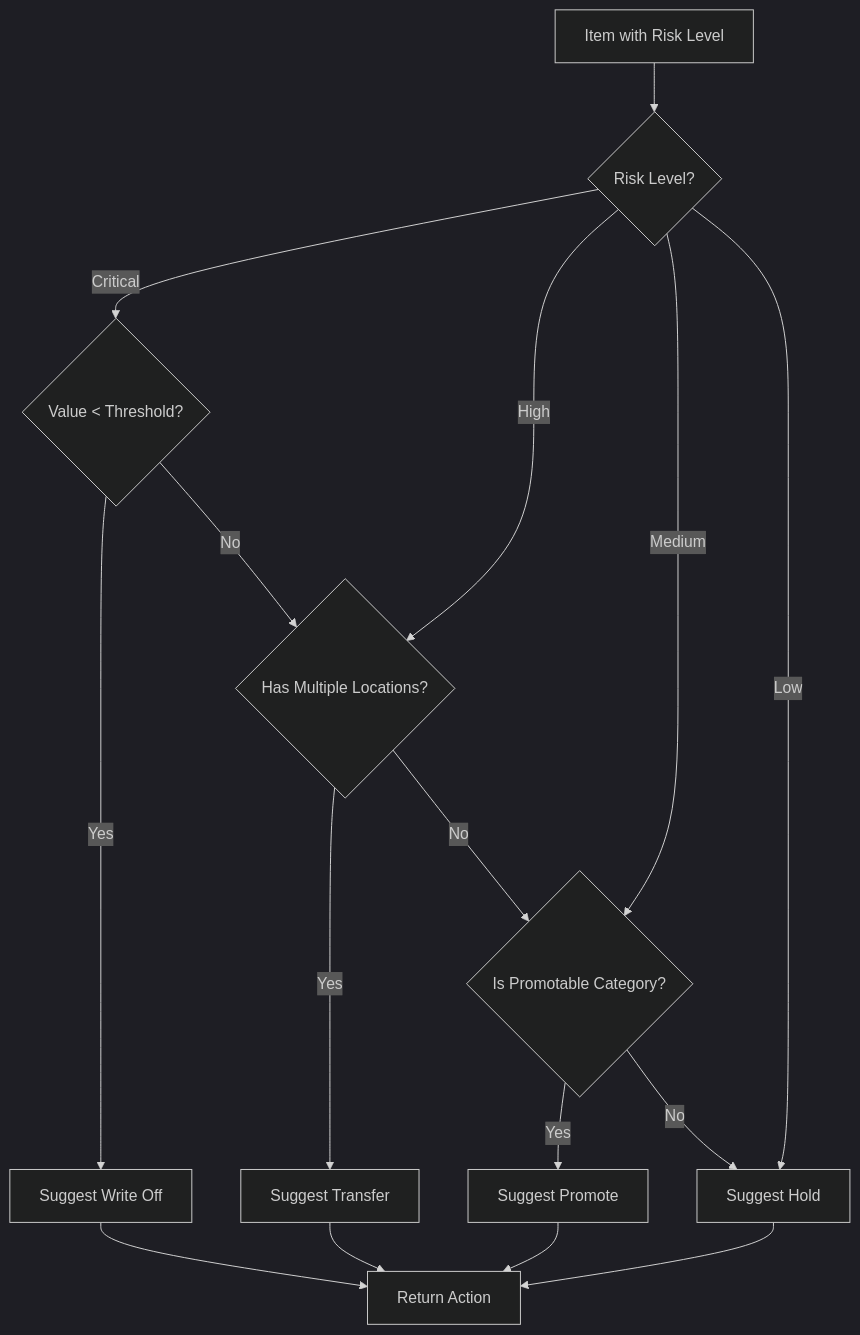
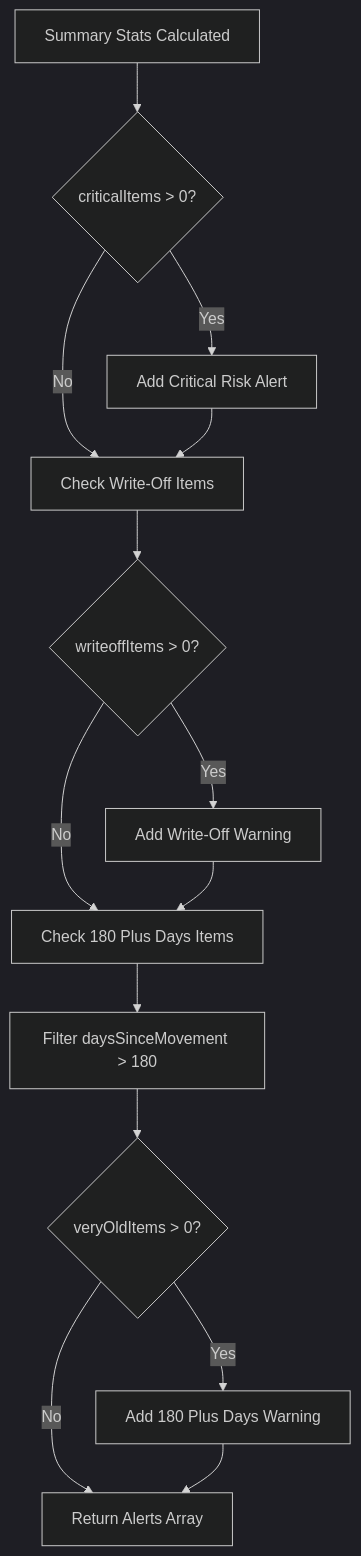
One commit to PeakMNA/carmen changed the third of 18 diagrams in docs/app/inventory-management/stock-overview/slow-moving/FD-slow-moving.md. Above: the diagram before and after it, drawn with Mermaid (dark theme). The commit also changed other lines of this file and 473 other files, not shown here.

````diff
--- a/docs/app/inventory-management/stock-overview/slow-moving/FD-slow-moving.md
+++ b/docs/app/inventory-management/stock-overview/slow-moving/FD-slow-moving.md
@@ -56,18 +67,16 @@
 ```mermaid
 flowchart TD
-    A[Item with Risk Level] --> B{Risk Level?}
-    B -->|Critical| C{Value < Threshold?}
-    C -->|Yes| D[Suggest Write Off]
-    C -->|No| E{Has Multiple Locations?}
-    B -->|High| E
-    E -->|Yes| F[Suggest Transfer]
-    E -->|No| G{Is Promotable Category?}
-    B -->|Medium| G
-    G -->|Yes| H[Suggest Promote]
-    G -->|No| I[Suggest Hold]
-    B -->|Low| I
-    D --> J[Return Action]
-    F --> J
-    H --> J
-    I --> J
+    A[Summary Stats Calculated] --> B{criticalItems > 0?}
+    B -->|Yes| C[Add Critical Risk Alert]
+    B -->|No| D[Check Write-Off Items]
+    C --> D
+    D --> E{writeoffItems > 0?}
+    E -->|Yes| F[Add Write-Off Warning]
+    E -->|No| G[Check 180 Plus Days Items]
+    F --> G
+    G --> H[Filter daysSinceMovement > 180]
+    H --> I{veryOldItems > 0?}
+    I -->|Yes| J[Add 180 Plus Days Warning]
+    I -->|No| K[Return Alerts Array]
+    J --> K
 ```
````
